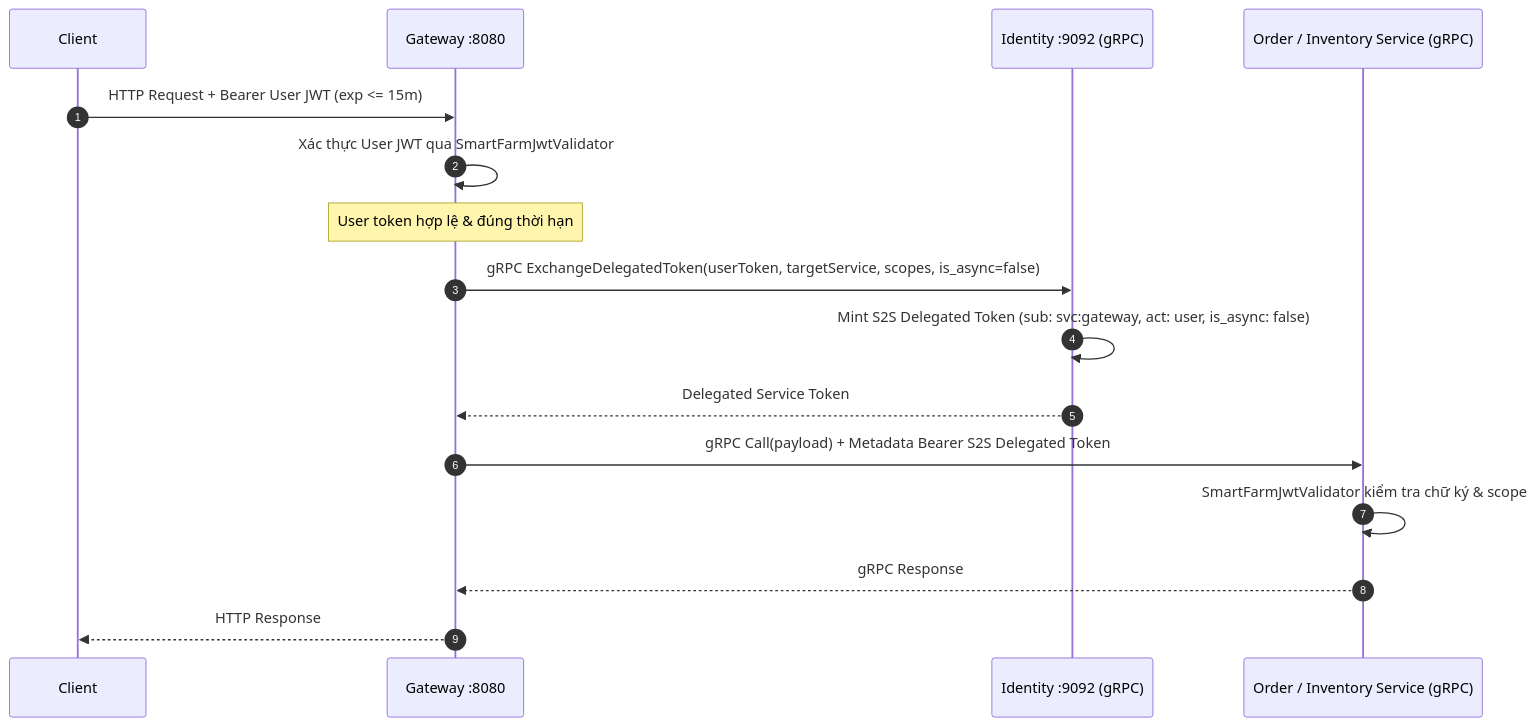
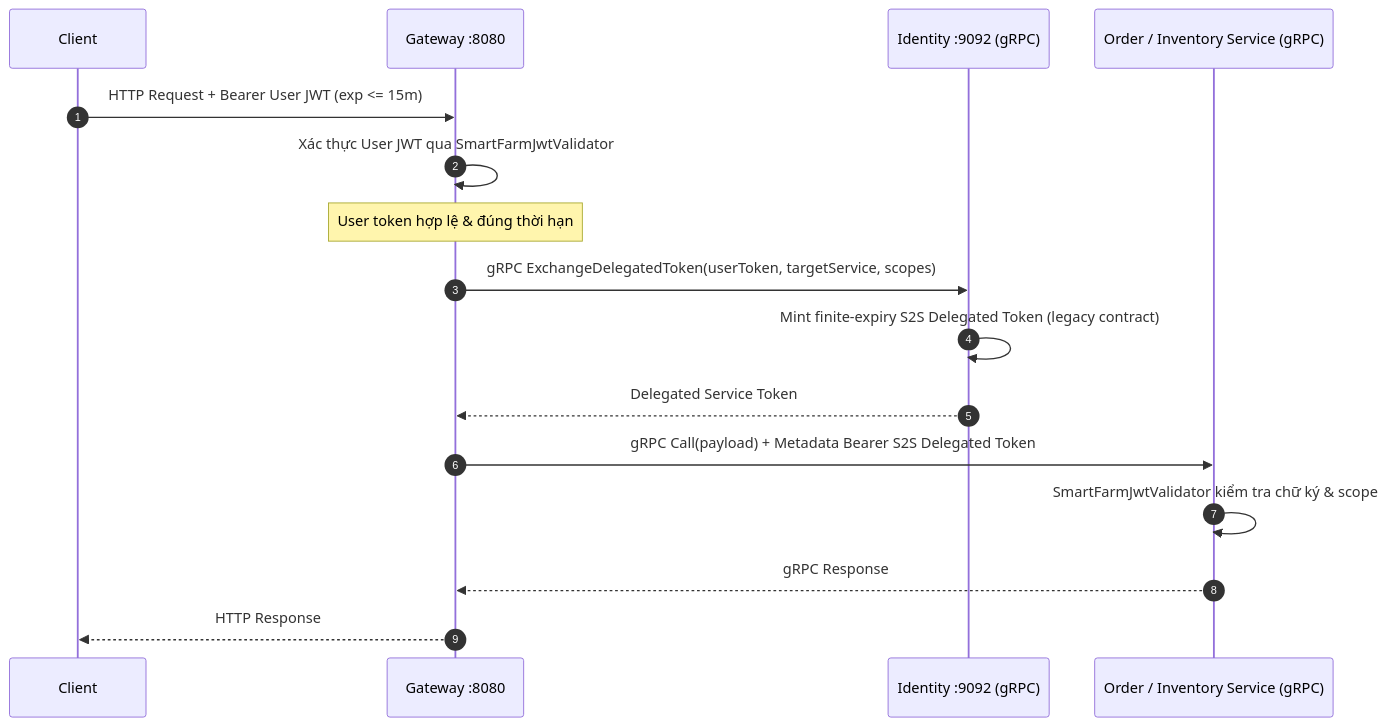
The second of 5 diagrams in docs/architecture/request-flows.md (hatrongvu13/smartfarm-platform-maven-starter), drawn with Mermaid before and after one commit. The commit also changed other lines of this file and 80 other files, not shown here.

````diff
--- a/docs/architecture/request-flows.md
+++ b/docs/architecture/request-flows.md
@@ -42,21 +42,21 @@
 ```mermaid
 sequenceDiagram
   autonumber
   participant C as Client
   participant GW as Gateway :8080
   participant ID as Identity :9092 (gRPC)
   participant SVC as Order / Inventory Service (gRPC)
 
   C->>GW: HTTP Request + Bearer User JWT (exp <= 15m)
   GW->>GW: Xác thực User JWT qua SmartFarmJwtValidator
   Note over GW: User token hợp lệ & đúng thời hạn
 
-  GW->>ID: gRPC ExchangeDelegatedToken(userToken, targetService, scopes, is_async=false)
-  ID->>ID: Mint S2S Delegated Token (sub: svc:gateway, act: user, is_async: false)
+  GW->>ID: gRPC ExchangeDelegatedToken(userToken, targetService, scopes)
+  ID->>ID: Mint finite-expiry S2S Delegated Token (legacy contract)
   ID-->>GW: Delegated Service Token
 
   GW->>SVC: gRPC Call(payload) + Metadata Bearer S2S Delegated Token
   SVC->>SVC: SmartFarmJwtValidator kiểm tra chữ ký & scope
   SVC-->>GW: gRPC Response
   GW-->>C: HTTP Response
 ```
````
